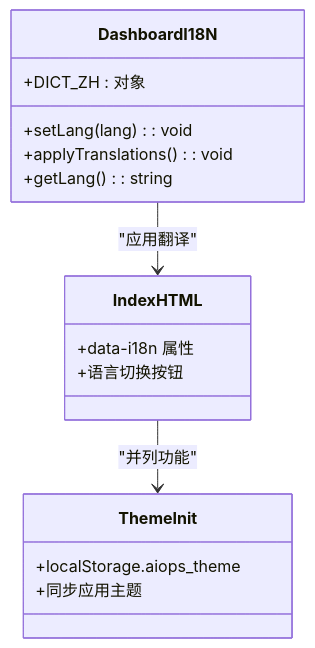
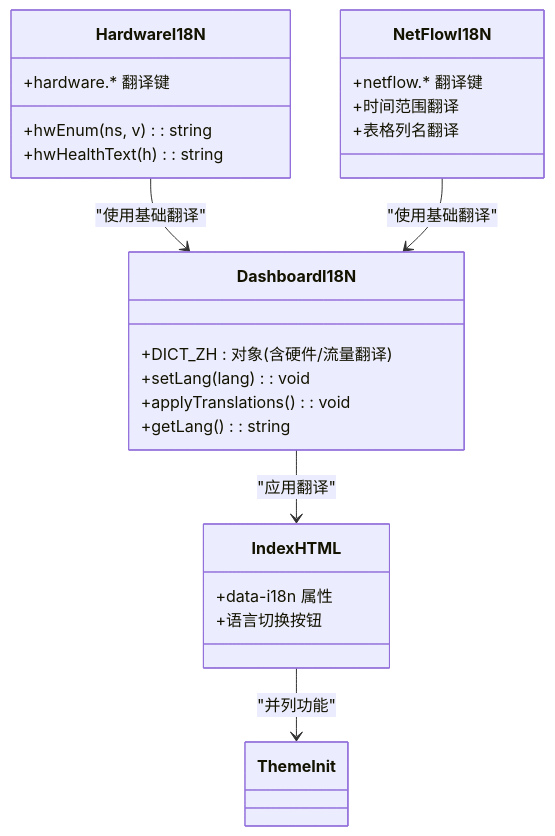
The fourth of 6 diagrams in .qoder/repowiki/zh/content/配置管理/国际化支持.md (sreyun/aiops-monitor), drawn with Mermaid before and after one commit. The commit also changed other lines of this file and 38 other files, not shown here.

````diff
--- a/.qoder/repowiki/zh/content/配置管理/国际化支持.md
+++ b/.qoder/repowiki/zh/content/配置管理/国际化支持.md
@@ -175,19 +183,27 @@
 ```mermaid
 classDiagram
 class DashboardI18N {
-+DICT_ZH : 对象
++DICT_ZH : 对象(含硬件/流量翻译)
 +setLang(lang) : void
 +applyTranslations() : void
 +getLang() : string
+}
+class HardwareI18N {
++hwEnum(ns, v) : string
++hwHealthText(h) : string
++hardware.* 翻译键
+}
+class NetFlowI18N {
++netflow.* 翻译键
++时间范围翻译
++表格列名翻译
 }
 class IndexHTML {
 +data-i18n 属性
 +语言切换按钮
 }
-class ThemeInit {
-+localStorage.aiops_theme
-+同步应用主题
-}
 DashboardI18N --> IndexHTML : "应用翻译"
+HardwareI18N --> DashboardI18N : "使用基础翻译"
+NetFlowI18N --> DashboardI18N : "使用基础翻译"
 IndexHTML --> ThemeInit : "并列功能"
 ```
````
